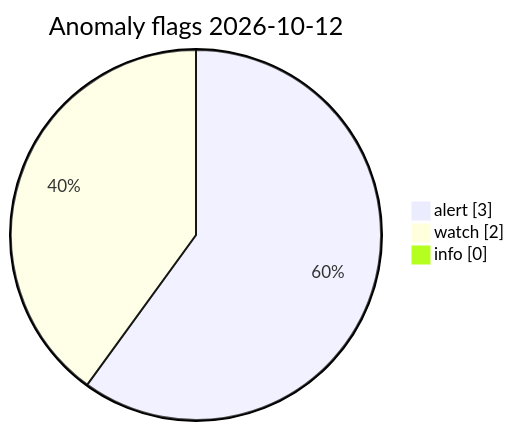
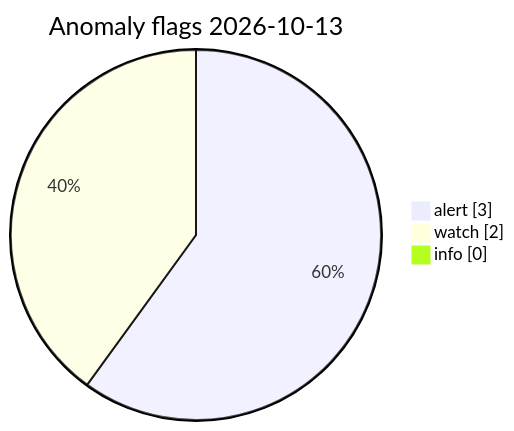
Before and after one commit to Midwest-Stratospheric/Unified-Open-Global-Weather: the diagram in visuals/latest/CHARTS.md, drawn with Mermaid. The commit also changed other lines of this file and 23 other files, not shown here.

Commit message:
data(visuals): automated charts 2026-10-13T12:22Z

````diff
--- a/visuals/latest/CHARTS.md
+++ b/visuals/latest/CHARTS.md
@@ -73,7 +73,7 @@
 ```mermaid
 pie showData
-  title Anomaly flags 2026-10-12
+  title Anomaly flags 2026-10-13
   "alert" : 3
   "watch" : 2
   "info" : 0
 ```
````
